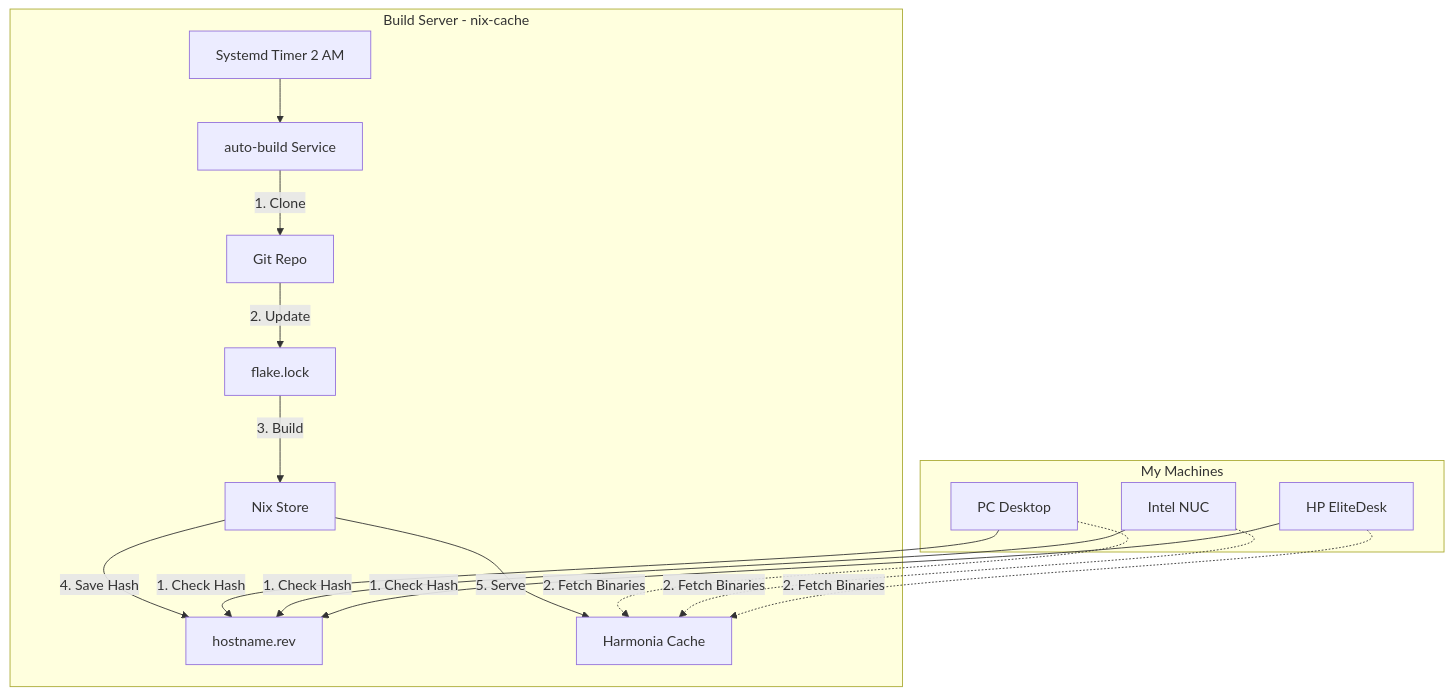
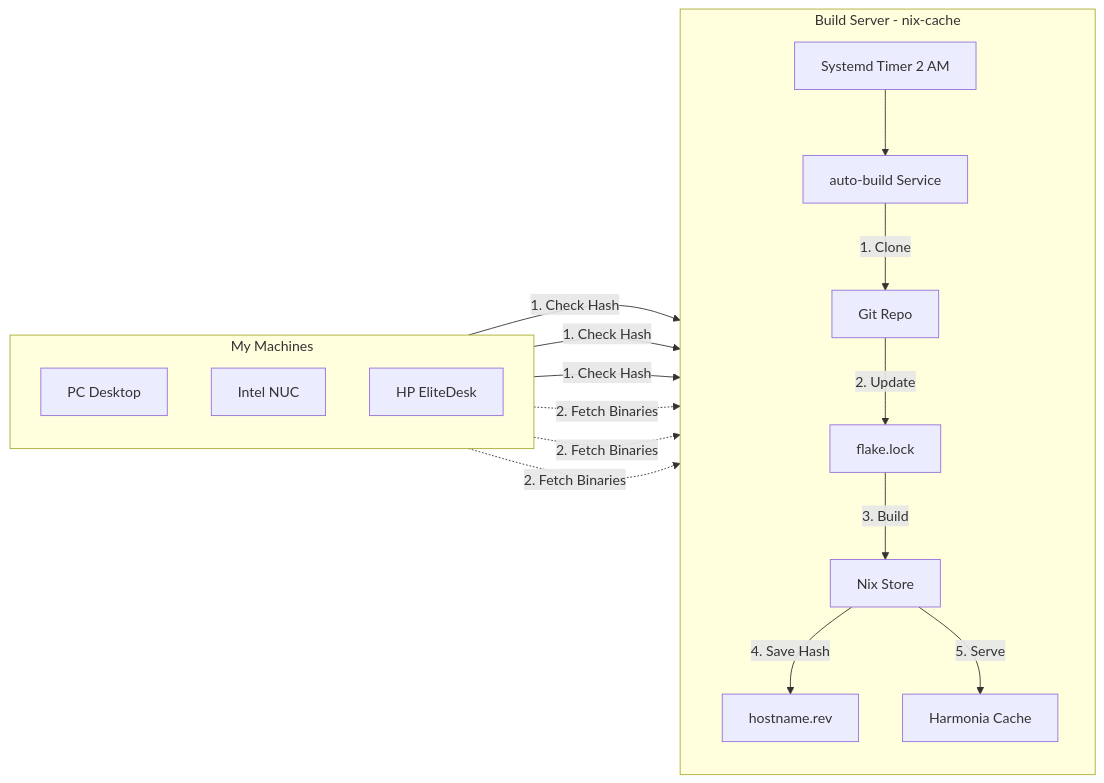
One commit to basnijholt/nijho.lt changed the diagram in content/post/nixos-cache/index.md. Above: the diagram before and after it, drawn with Mermaid.

Commit message:
docs: switch diagram to graph LR with vertical subgraphs

````diff
--- a/content/post/nixos-cache/index.md
+++ b/content/post/nixos-cache/index.md
@@ -49,25 +49,27 @@
 ```mermaid
-graph TD
+graph LR
     subgraph Server [Build Server - nix-cache]
+        direction TB
         Timer[Systemd Timer 2 AM] --> AutoBuild[auto-build Service]
         AutoBuild -->|1. Clone| Git[Git Repo]
         Git -->|2. Update| FlakeLock[flake.lock]
         FlakeLock -->|3. Build| Store[Nix Store]
         Store -->|4. Save Hash| RevFile[hostname.rev]
         Store -->|5. Serve| Harmonia[Harmonia Cache]
     end
 
     subgraph Fleet [My Machines]
+        direction TB
         PC[PC Desktop]
         NUC[Intel NUC]
         HP[HP EliteDesk]
     end
 
     PC -->|1. Check Hash| RevFile
     NUC -->|1. Check Hash| RevFile
     HP -->|1. Check Hash| RevFile
 
     PC -.->|2. Fetch Binaries| Harmonia
     NUC -.->|2. Fetch Binaries| Harmonia
     HP -.->|2. Fetch Binaries| Harmonia
 ```
````
